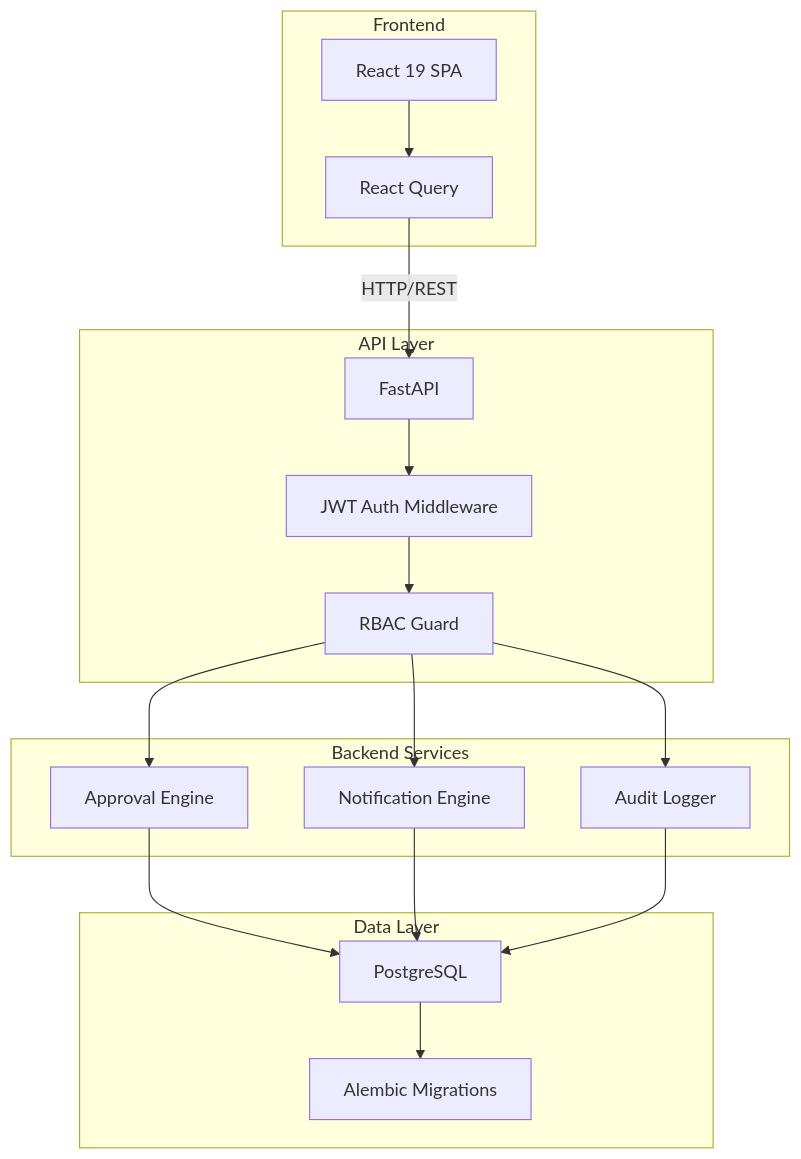
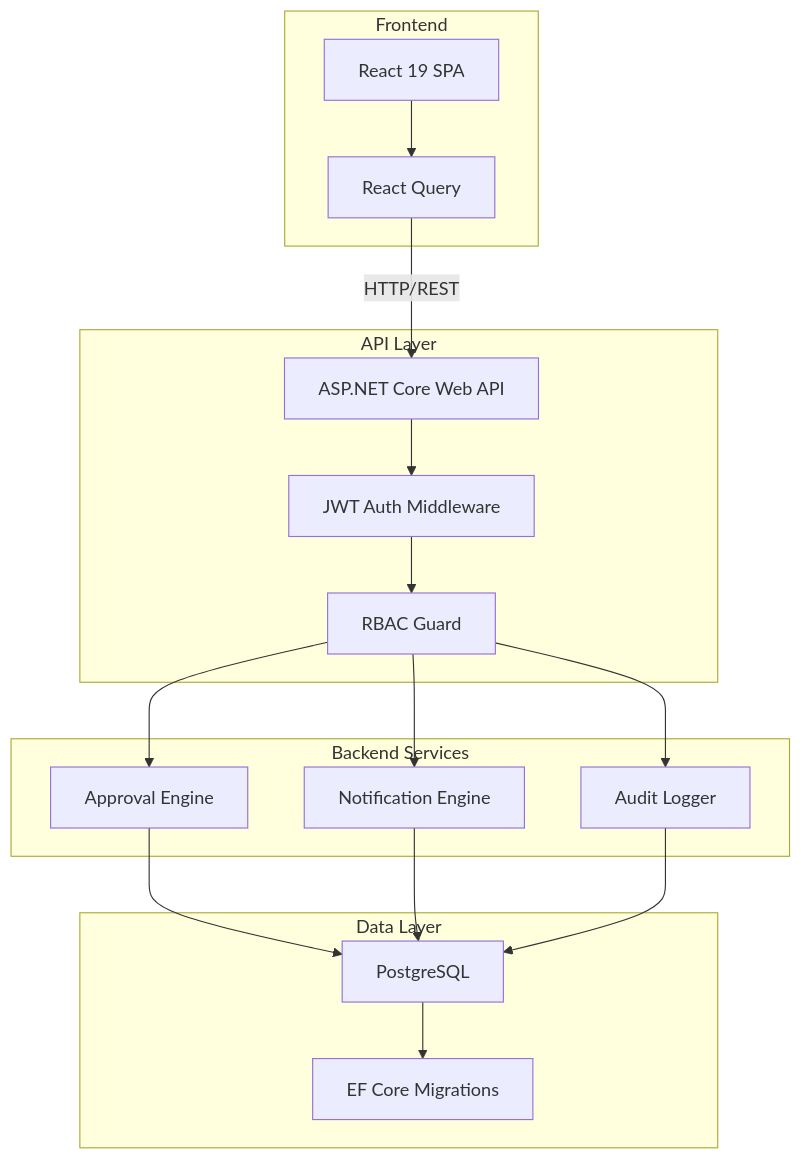
The second of 2 diagrams in wiki/01_System_Architecture.md (Dhanshree02/project_TrackerPro), drawn with Mermaid before and after one commit. The commit also changed other lines of this file and 187 other files, not shown here.

````diff
--- a/wiki/01_System_Architecture.md
+++ b/wiki/01_System_Architecture.md
@@ -35,31 +35,31 @@
 ```mermaid
 graph TB
     subgraph "Frontend"
         FE["React 19 SPA"]
         RQ["React Query"]
         FE --> RQ
     end
     subgraph "API Layer"
-        API["FastAPI"]
+        API["ASP.NET Core Web API"]
         JWT["JWT Auth Middleware"]
         RBAC["RBAC Guard"]
         API --> JWT --> RBAC
     end
     subgraph "Backend Services"
         AE["Approval Engine"]
         NE["Notification Engine"]
         AL["Audit Logger"]
     end
     subgraph "Data Layer"
         PG["PostgreSQL"]
-        ALM["Alembic Migrations"]
+        ALM["EF Core Migrations"]
         PG --> ALM
     end
     RQ -->|"HTTP/REST"| API
     RBAC --> AE
     RBAC --> NE
     RBAC --> AL
     AE --> PG
     NE --> PG
     AL --> PG
 ```
````
